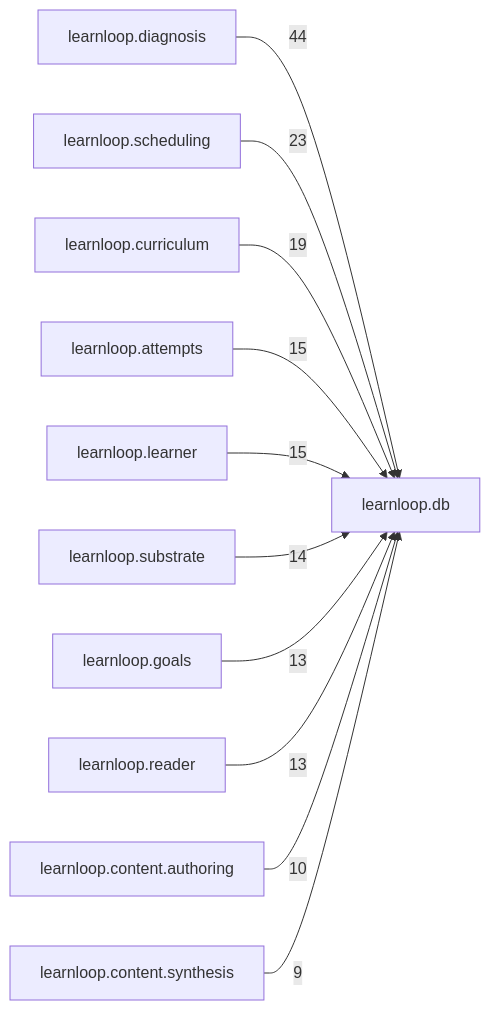
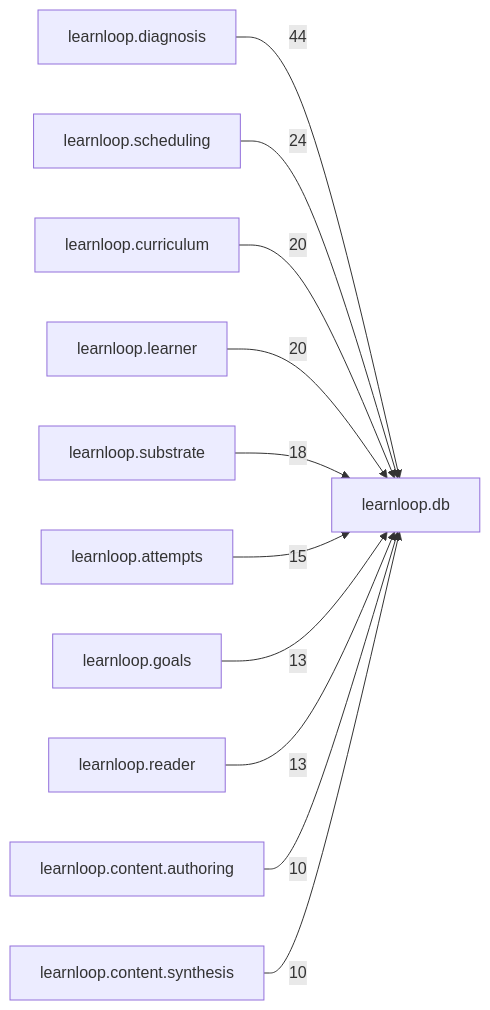
One commit to 6up-b/learnanything changed the diagram in docs/learnloop-architecture-vault/Reference/Modules/learnloop/db/_package.md. Above: the diagram before and after it, drawn with Mermaid. The commit also changed other lines of this file and 633 other files, not shown here.

````diff
--- a/docs/learnloop-architecture-vault/Reference/Modules/learnloop/db/_package.md
+++ b/docs/learnloop-architecture-vault/Reference/Modules/learnloop/db/_package.md
@@ -103,24 +106,24 @@
 ```mermaid
 flowchart LR
     center["learnloop.db"]
     n_learnloop_diagnosis["learnloop.diagnosis"]
     n_learnloop_scheduling["learnloop.scheduling"]
     n_learnloop_curriculum["learnloop.curriculum"]
-    n_learnloop_attempts["learnloop.attempts"]
     n_learnloop_learner["learnloop.learner"]
     n_learnloop_substrate["learnloop.substrate"]
+    n_learnloop_attempts["learnloop.attempts"]
     n_learnloop_goals["learnloop.goals"]
     n_learnloop_reader["learnloop.reader"]
     n_learnloop_content_authoring["learnloop.content.authoring"]
     n_learnloop_content_synthesis["learnloop.content.synthesis"]
     n_learnloop_diagnosis -->|44| center
-    n_learnloop_scheduling -->|23| center
-    n_learnloop_curriculum -->|19| center
+    n_learnloop_scheduling -->|24| center
+    n_learnloop_curriculum -->|20| center
+    n_learnloop_learner -->|20| center
+    n_learnloop_substrate -->|18| center
     n_learnloop_attempts -->|15| center
-    n_learnloop_learner -->|15| center
-    n_learnloop_substrate -->|14| center
     n_learnloop_goals -->|13| center
     n_learnloop_reader -->|13| center
     n_learnloop_content_authoring -->|10| center
-    n_learnloop_content_synthesis -->|9| center
+    n_learnloop_content_synthesis -->|10| center
 ```
````
